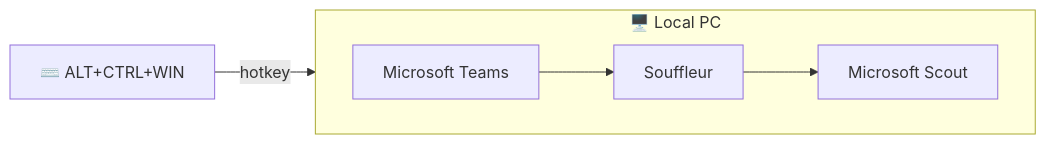
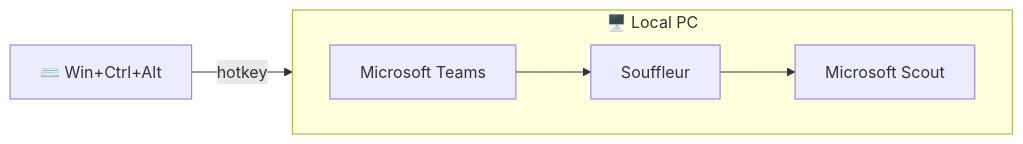
One commit to iakov-gan/souffleur changed the diagram in README.md. Above: the diagram before and after it, drawn with Mermaid. The commit also changed other lines of this file, not shown here.

````diff
--- a/README.md
+++ b/README.md
@@ -7,9 +8,8 @@
 ```mermaid
 flowchart LR
-    K[⌨️ ALT+CTRL+WIN] -->|hotkey| B
+    K[⌨️ Win+Ctrl+Alt] -->|hotkey| B
     subgraph Local["🖥️ Local PC"]
         direction LR
         A[Microsoft Teams] --> B[Souffleur] --> C[Microsoft Scout]
     end
-
 ```
````
